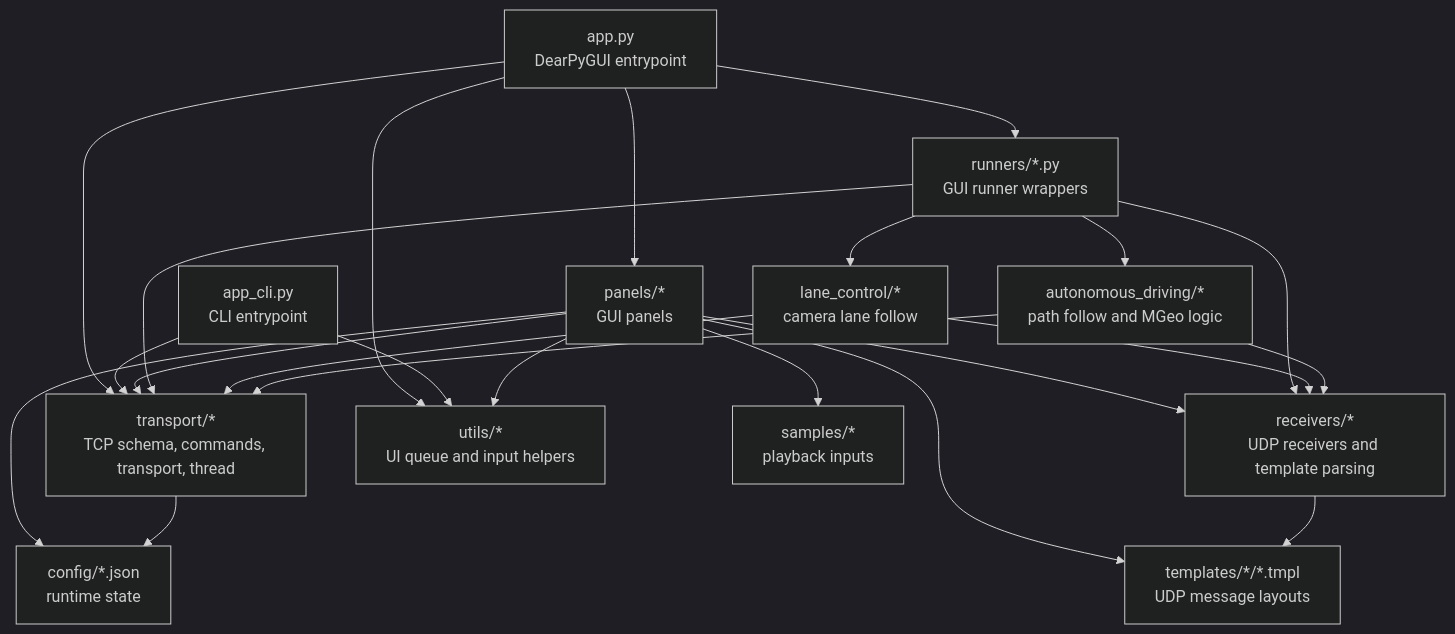
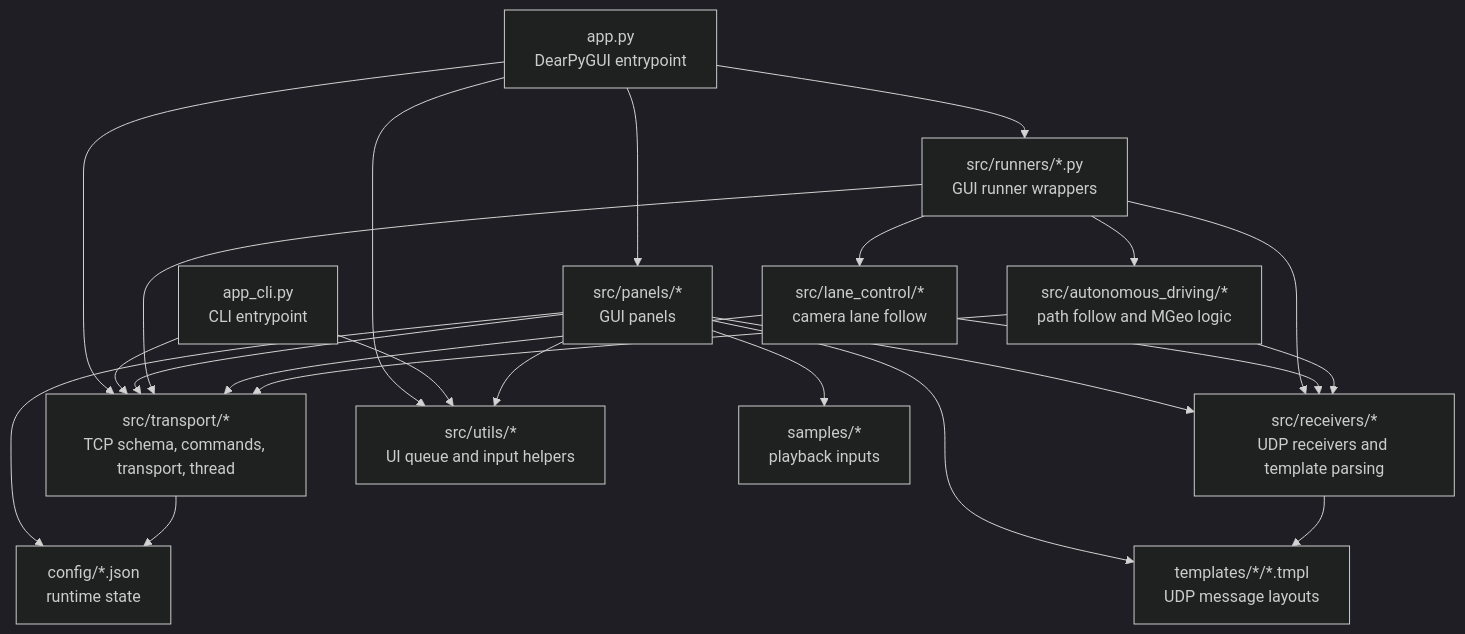
Before and after one commit to MORAI-Autonomous/MORAI-SimControl_v2.1: the first of 5 diagrams in docs/code-review-graph.md, drawn with Mermaid (dark theme). The commit also changed other lines of this file and 136 other files, not shown here.

````diff
--- a/docs/code-review-graph.md
+++ b/docs/code-review-graph.md
@@ -8,43 +8,43 @@
 ```mermaid
 flowchart TD
     app["app.py<br/>DearPyGUI entrypoint"]
     cli["app_cli.py<br/>CLI entrypoint"]
 
-    panels["panels/*<br/>GUI panels"]
-    runners["runners/*.py<br/>GUI runner wrappers"]
-    transport["transport/*<br/>TCP schema, commands, transport, thread"]
-    receivers["receivers/*<br/>UDP receivers and template parsing"]
-    lane["lane_control/*<br/>camera lane follow"]
-    ad["autonomous_driving/*<br/>path follow and MGeo logic"]
-    utils["utils/*<br/>UI queue and input helpers"]
+    panels["src/panels/*<br/>GUI panels"]
+    runners["src/runners/*.py<br/>GUI runner wrappers"]
+    transport["src/transport/*<br/>TCP schema, commands, transport, thread"]
+    receivers["src/receivers/*<br/>UDP receivers and template parsing"]
+    lane["src/lane_control/*<br/>camera lane follow"]
+    ad["src/autonomous_driving/*<br/>path follow and MGeo logic"]
+    utils["src/utils/*<br/>UI queue and input helpers"]
     templates["templates/*/*.tmpl<br/>UDP message layouts"]
     config["config/*.json<br/>runtime state"]
     samples["samples/*<br/>playback inputs"]
 
     app --> panels
     app --> runners
     app --> transport
     app --> utils
     cli --> transport
     cli --> utils
 
     panels --> transport
     panels --> receivers
     panels --> templates
     panels --> utils
     panels --> config
     panels --> samples
 
     runners --> lane
     runners --> ad
     runners --> transport
     runners --> receivers
 
     lane --> receivers
     lane --> transport
     ad --> transport
     ad --> receivers
 
     receivers --> templates
     transport --> config
 ```
````
